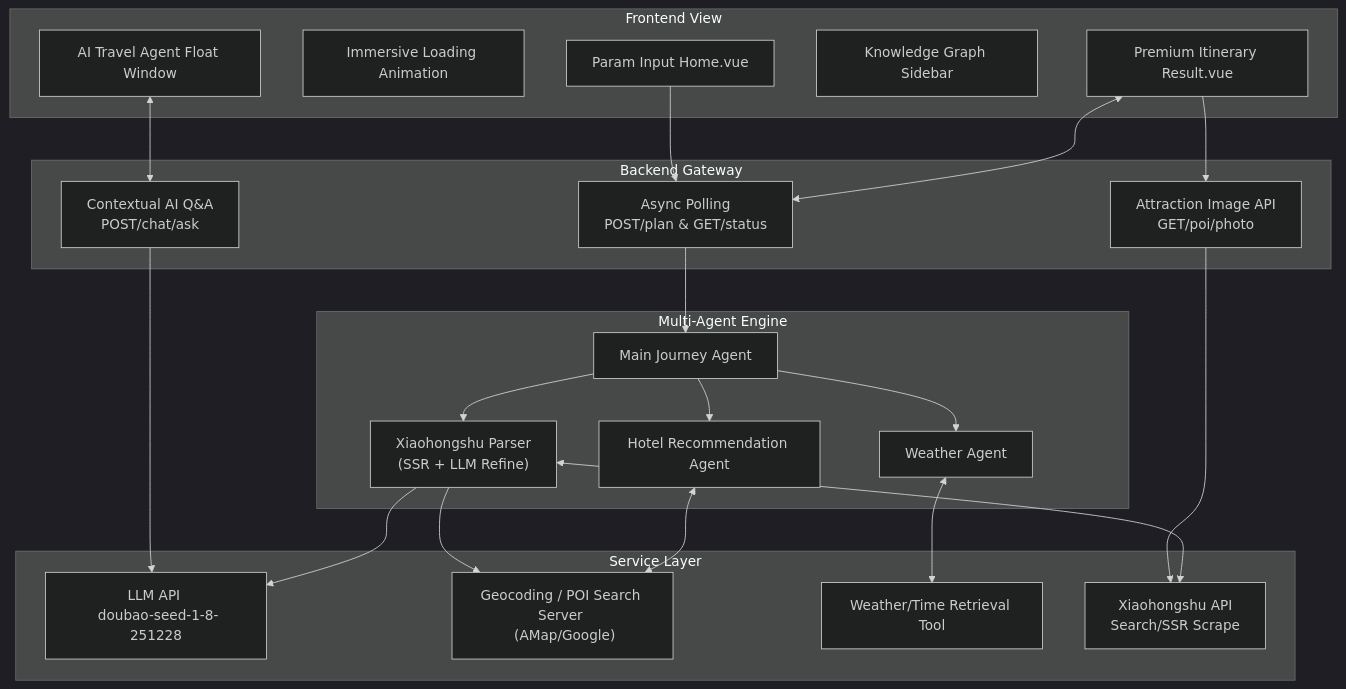
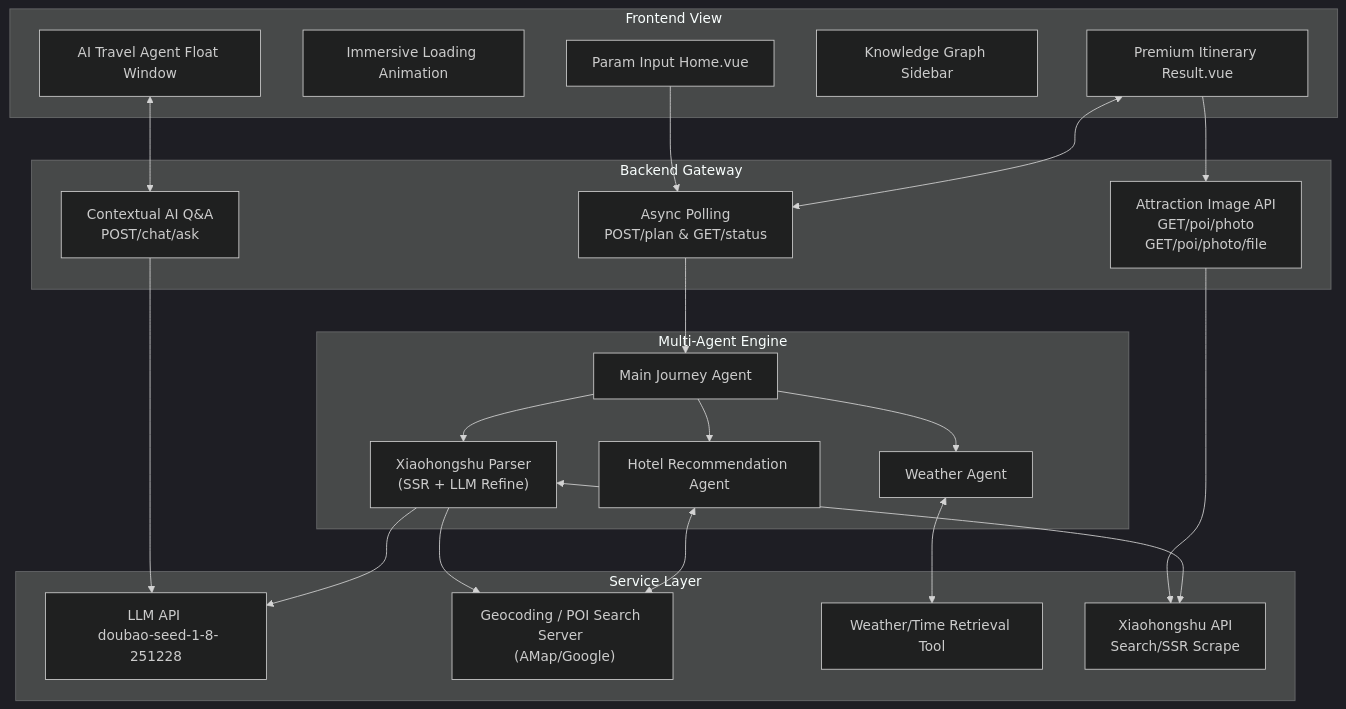
One commit to sss577/tripstellar changed the diagram in README_en.md. Above: the diagram before and after it, drawn with Mermaid (dark theme). The commit also changed other lines of this file and 6 other files, not shown here.

Commit message:
修复图片加载失败问题

````diff
--- a/README_en.md
+++ b/README_en.md
@@ -55,50 +55,50 @@
 ```mermaid
 graph TD
     subgraph G1 ["Frontend View"]
         A1["Param Input Home.vue"]
         A2["Immersive Loading Animation"]
         A3["Premium Itinerary Result.vue"]
         A4["Knowledge Graph Sidebar"]
         A5["AI Travel Agent Float Window"]
     end
 
     subgraph G2 ["Backend Gateway"]
         B1["Async Polling <br/> POST/plan & GET/status"]
         B2["Contextual AI Q&A<br/>POST/chat/ask"]
-        B3["Attraction Image API<br/>GET/poi/photo"]
+        B3["Attraction Image API<br/>GET/poi/photo<br/>GET/poi/photo/file"]
     end
 
     subgraph G3 ["Multi-Agent Engine"]
         C1["Main Journey Agent"]
         C2["Xiaohongshu Parser<br/>(SSR + LLM Refine)"]
         C3["Weather Agent"]
         C4["Hotel Recommendation Agent"]
     end
 
     subgraph G4 ["Service Layer"]
         D1["LLM API <br/> doubao-seed-1-8-251228"]
         D2["Geocoding / POI Search Server <br/> (AMap/Google)"]
         D3["Weather/Time Retrieval Tool"]
         D4["Xiaohongshu API<br/>Search/SSR Scrape"]
     end
 
     %% Interactions
     A1 --> B1
     A3 <--> B1
     A3 --> B3
     A5 <--> B2
 
     B1 --> C1
     B2 --> D1
     B3 --> D4
 
     C1 --> C2
     C1 --> C3
     C1 --> C4
 
     C2 <--> D4
     C2 --> D1
     C2 --> D2
     C3 <--> D3
     C4 <--> D2
 ```
````
